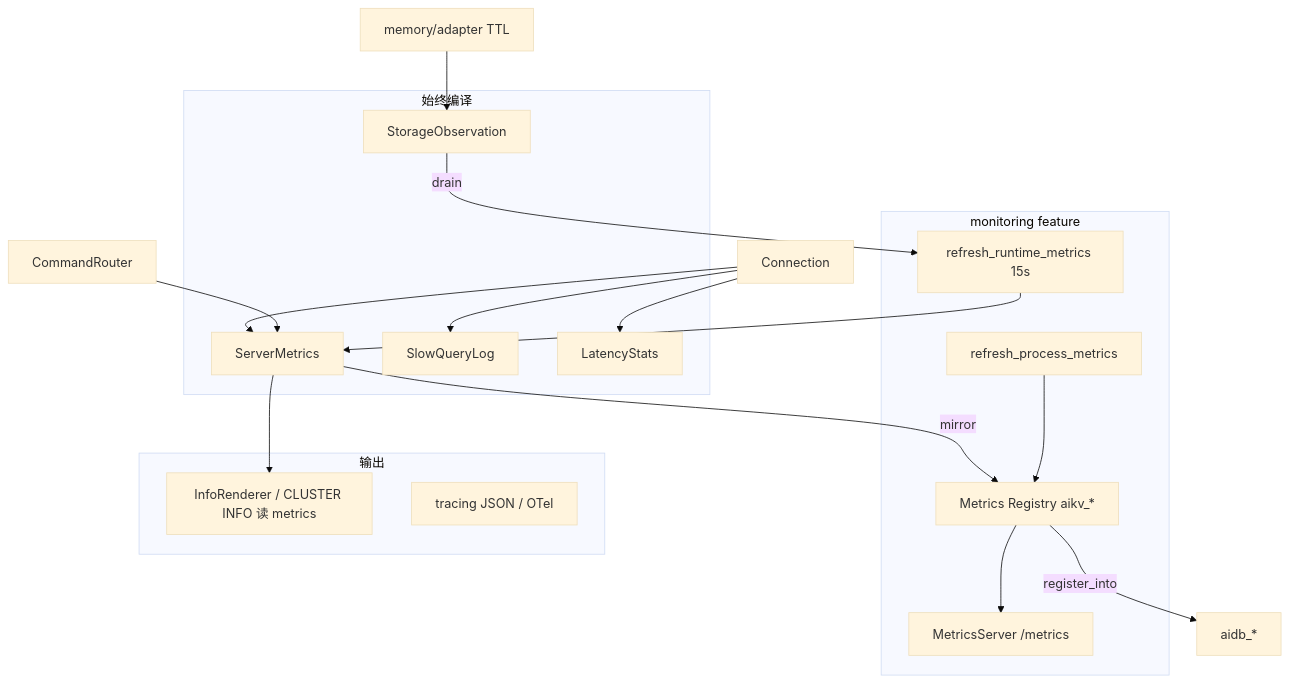
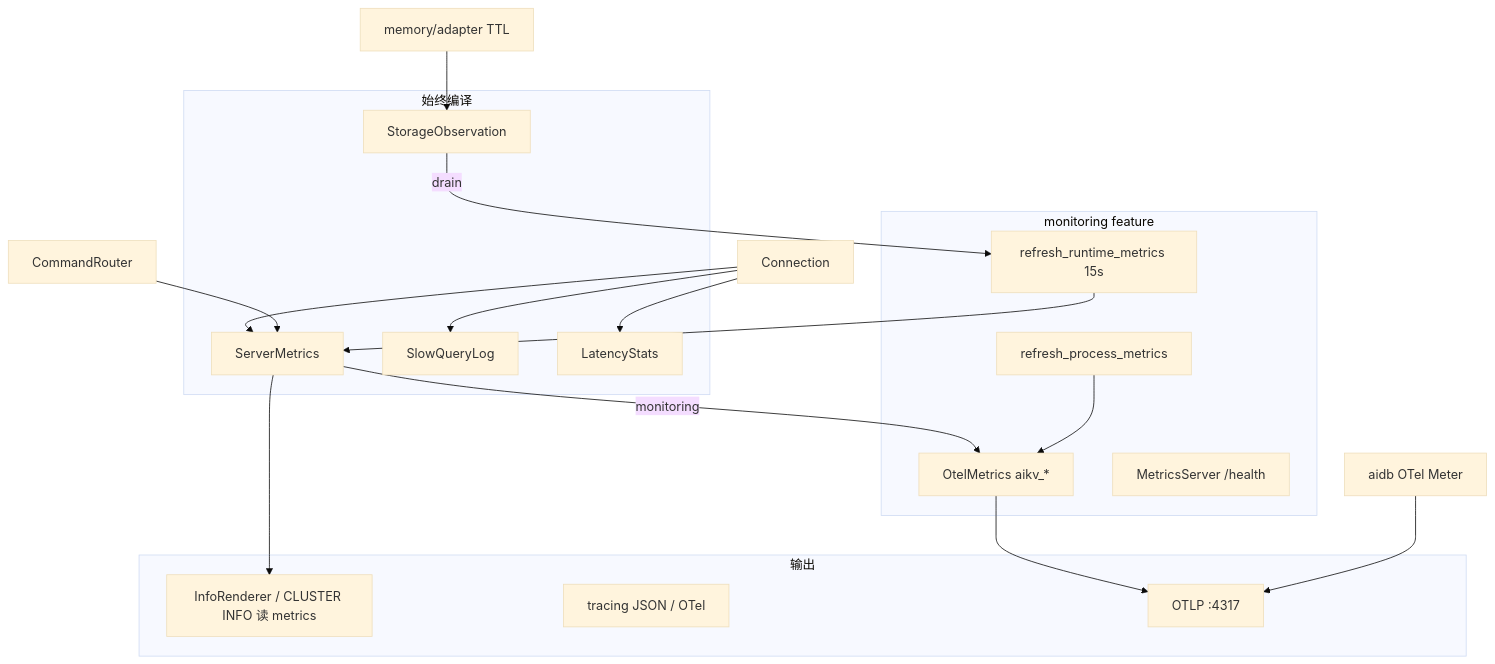
Before and after one commit to Genuineh/AiKv: the first of 2 diagrams in docs/modules/observability.md, drawn with Mermaid (base theme). The commit also changed other lines of this file and 15 other files, not shown here.

First line of the commit message:
feat(monitoring): OTel-only metrics, remove Prometheus dual-write

````diff
--- a/docs/modules/observability.md
+++ b/docs/modules/observability.md
@@ -23,31 +23,32 @@
 ```mermaid
 flowchart TB
   subgraph always [始终编译]
     SM[ServerMetrics]
     SL[SlowQueryLog]
     LS[LatencyStats]
     SO[StorageObservation]
   end
   subgraph mon [monitoring feature]
-    PM[Metrics Registry aikv_*]
-    MS[MetricsServer /metrics]
+    OM[OtelMetrics aikv_*]
+    HS[MetricsServer /health]
     RF[refresh_runtime_metrics 15s]
     PROC[refresh_process_metrics]
   end
   subgraph out [输出]
     INFO[InfoRenderer / CLUSTER INFO 读 metrics]
     TR[tracing JSON / OTel]
+    OTLP[OTLP :4317]
   end
   CONN[Connection] --> SM
   CONN --> SL
   CONN --> LS
   ROUTER[CommandRouter] --> SM
   STOR[memory/adapter TTL] --> SO
   SO -->|drain| RF
   RF --> SM
   SM --> INFO
-  SM -->|mirror| PM
-  PM --> MS
-  PM -->|register_into| AIDB[aidb_*]
-  PROC --> PM
+  SM -->|monitoring| OM
+  PROC --> OM
+  OM --> OTLP
+  aidb[aidb OTel Meter] --> OTLP
 ```
````
